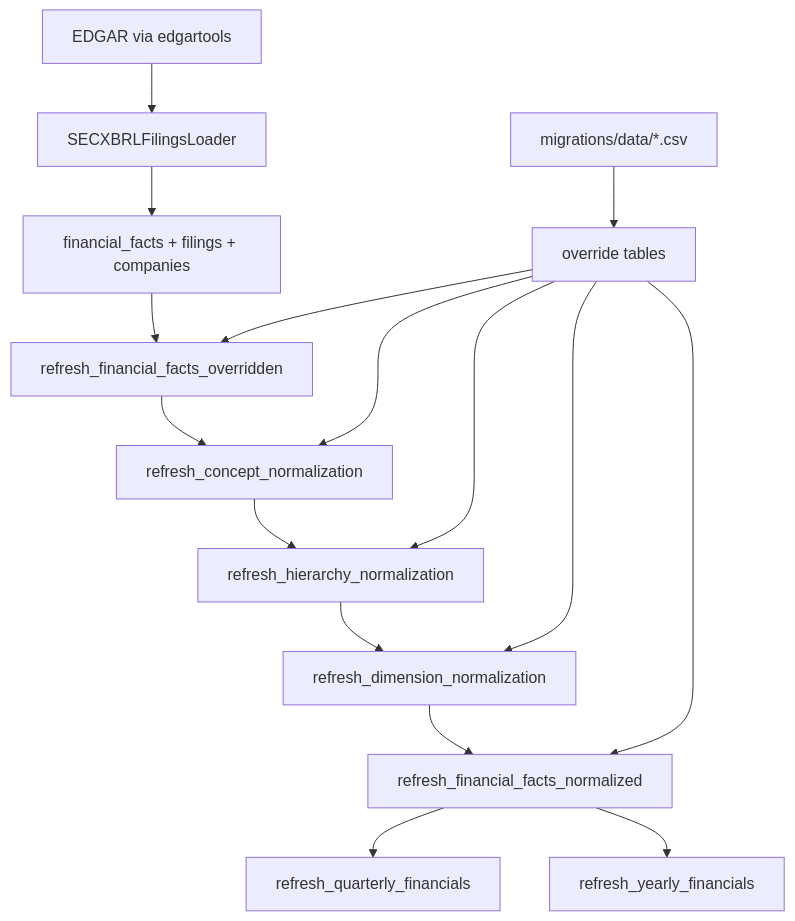
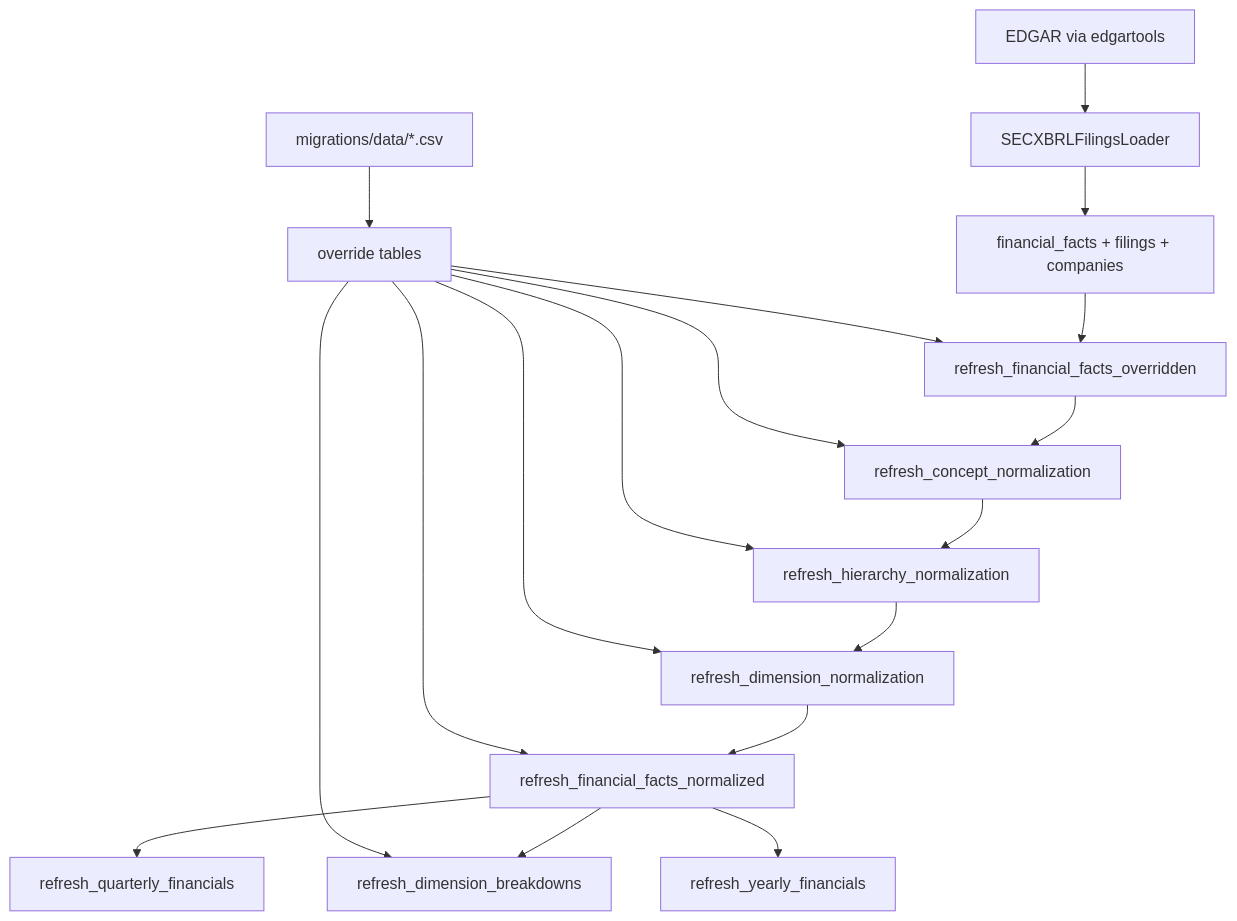
Before and after one commit to Velikolay/stonks-ai: the diagram in AGENTS.md, drawn with Mermaid. The commit also changed other lines of this file and 23 other files, not shown here.

````diff
--- a/AGENTS.md
+++ b/AGENTS.md
@@ -12,18 +12,20 @@
 ```mermaid
 flowchart TD
     edgar[EDGAR via edgartools] --> loader[SECXBRLFilingsLoader]
     loader --> raw["financial_facts + filings + companies"]
     raw --> p1[refresh_financial_facts_overridden]
     p1 --> p2[refresh_concept_normalization]
     p2 --> p3[refresh_hierarchy_normalization]
     p3 --> p4[refresh_dimension_normalization]
     p4 --> p5[refresh_financial_facts_normalized]
+    p5 --> p5b[refresh_dimension_breakdowns]
     p5 --> p6[refresh_quarterly_financials]
     p5 --> p7[refresh_yearly_financials]
     csv["migrations/data/*.csv"] --> overrides[override tables]
     overrides --> p1
     overrides --> p2
     overrides --> p3
     overrides --> p4
     overrides --> p5
+    overrides --> p5b
 ```
````
